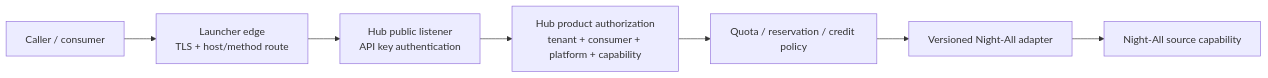
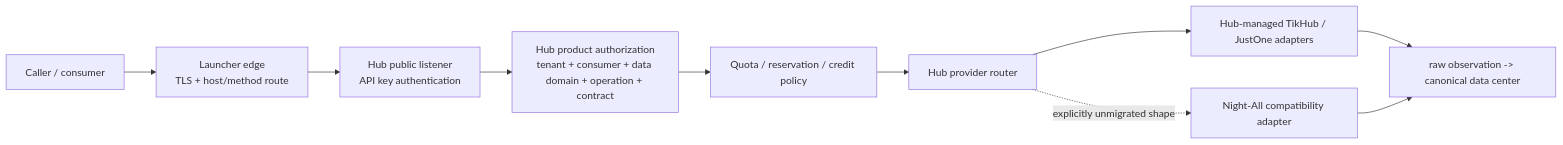
Before and after one commit to qpjoy/de-llaaddddeerr: the second of 2 diagrams in electron-dock/mx-insight-hub/docs/architecture/unified-identity-and-platform-modules.md, drawn with Mermaid. The commit also changed other lines of this file and 92 other files, not shown here.

````diff
--- a/electron-dock/mx-insight-hub/docs/architecture/unified-identity-and-platform-modules.md
+++ b/electron-dock/mx-insight-hub/docs/architecture/unified-identity-and-platform-modules.md
@@ -136,9 +139,12 @@
 ```mermaid
 flowchart LR
   C["Caller / consumer"] --> E["Launcher edge\nTLS + host/method route"]
   E --> H["Hub public listener\nAPI key authentication"]
-  H --> M["Hub product authorization\ntenant + consumer + platform + capability"]
+  H --> M["Hub product authorization\ntenant + consumer + data domain + operation + contract"]
   M --> Q["Quota / reservation / credit policy"]
-  Q --> N["Versioned Night-All adapter"]
-  N --> NA["Night-All source capability"]
+  Q --> R["Hub provider router"]
+  R --> P["Hub-managed TikHub / JustOne adapters"]
+  R -. explicitly unmigrated shape .-> N["Night-All compatibility adapter"]
+  P --> D["raw observation -> canonical data center"]
+  N --> D
 ```
````
